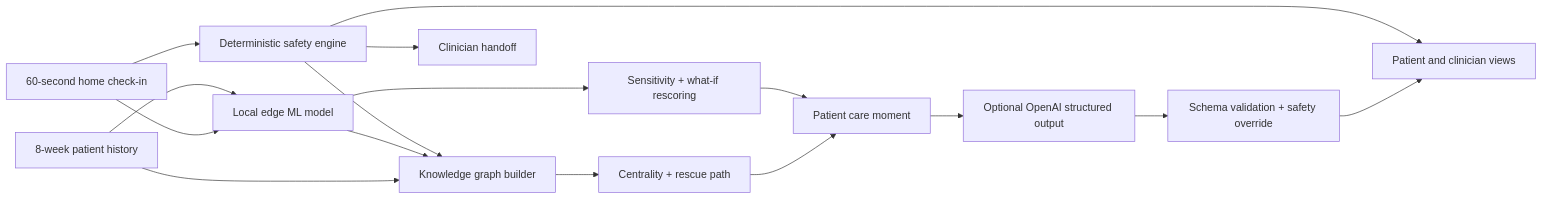
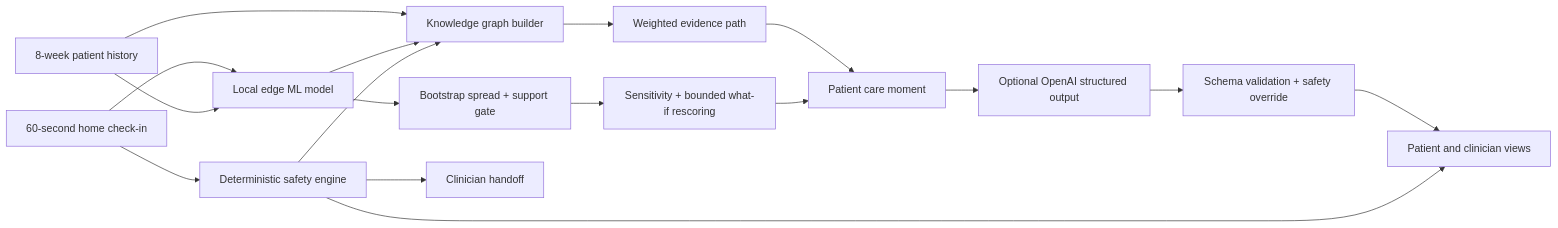
One commit to kevinmeix1/adherence-os changed the diagram in docs/architecture.md. Above: the diagram before and after it, drawn with Mermaid. The commit also changed other lines of this file and 21 other files, not shown here.

````diff
--- a/docs/architecture.md
+++ b/docs/architecture.md
@@ -5,18 +5,19 @@
 ```mermaid
 flowchart LR
     A["60-second home check-in"] --> B["Deterministic safety engine"]
     A --> C["Local edge ML model"]
     H["8-week patient history"] --> C
     H --> D["Knowledge graph builder"]
     C --> D
     B --> D
-    D --> E["Centrality + rescue path"]
-    C --> F["Sensitivity + what-if rescoring"]
+    D --> E["Weighted evidence path"]
+    C --> F["Bootstrap spread + support gate"]
+    F --> M["Sensitivity + bounded what-if rescoring"]
     E --> G["Patient care moment"]
-    F --> G
+    M --> G
     B --> I["Clinician handoff"]
     G --> J["Optional OpenAI structured output"]
     J --> K["Schema validation + safety override"]
     K --> L["Patient and clinician views"]
     B --> L
 ```
````
